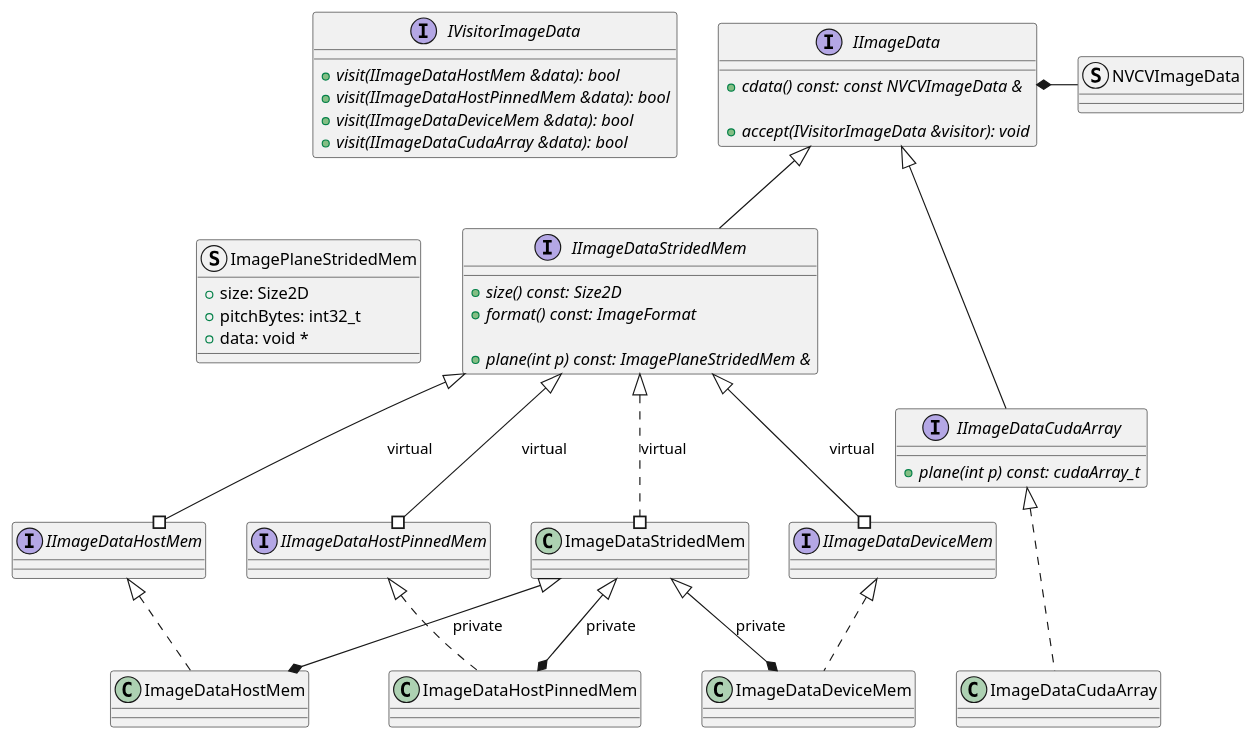
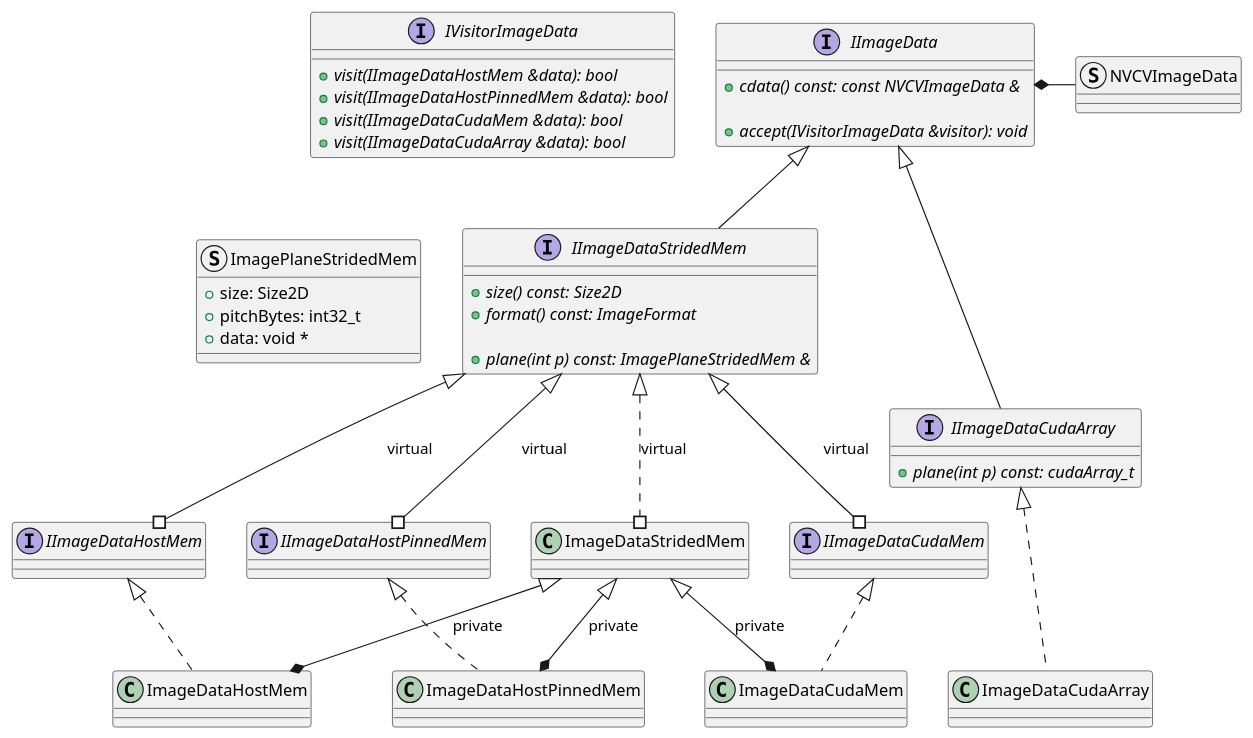
One commit to JanuszL/CV-CUDA changed the diagram in docs/design/image_data_future_classes.puml. Above: the diagram before and after it, drawn with PlantUML. The commit also changed 155 other files, not shown here.

```diff
--- a/docs/design/image_data_future_classes.puml
+++ b/docs/design/image_data_future_classes.puml
@@ -13,86 +13,86 @@
 @startuml
 
 struct ImagePlaneStridedMem
 {
     + size: Size2D
     + pitchBytes: int32_t
     + data: void *
 }
 
 struct NVCVImageData
 
 interface IVisitorImageData
 {
     + {abstract} visit(IImageDataHostMem &data): bool
     + {abstract} visit(IImageDataHostPinnedMem &data): bool
-    + {abstract} visit(IImageDataDeviceMem &data): bool
+    + {abstract} visit(IImageDataCudaMem &data): bool
     + {abstract} visit(IImageDataCudaArray &data): bool
 }
 
 interface IImageData
 {
     + {abstract} cdata() const: const NVCVImageData &
 
     + {abstract} accept(IVisitorImageData &visitor): void
 }
 
 IImageData *-right- NVCVImageData
 IImageData -[hidden]left- IVisitorImageData
 
 interface IImageDataCudaArray extends IImageData
 {
     + {abstract} plane(int p) const: cudaArray_t
 }
 
 interface IImageDataStridedMem extends IImageData
 {
     + {abstract} size() const: Size2D
     + {abstract} format() const: ImageFormat
 
     + {abstract} plane(int p) const: ImagePlaneStridedMem &
 }
 
 IImageDataStridedMem -[hidden]left- ImagePlaneStridedMem
 
 interface IImageDataHostMem
 {
 }
 IImageDataStridedMem <|--# IImageDataHostMem: virtual
 
 interface IImageDataHostPinnedMem
 {
 }
 IImageDataStridedMem <|--# IImageDataHostPinnedMem: virtual
 
-interface IImageDataDeviceMem
+interface IImageDataCudaMem
 {
 }
-IImageDataStridedMem <|--# IImageDataDeviceMem: virtual
+IImageDataStridedMem <|--# IImageDataCudaMem: virtual
 
 class ImageDataCudaArray implements IImageDataCudaArray
 {
 }
 
 class ImageDataStridedMem
 {
 }
 IImageDataStridedMem <|..# ImageDataStridedMem: virtual
 
 class ImageDataHostMem implements IImageDataHostMem
 {
 }
 ImageDataStridedMem <|--* ImageDataHostMem: private
 
 class ImageDataHostPinnedMem implements IImageDataHostPinnedMem
 {
 }
 ImageDataStridedMem <|--* ImageDataHostPinnedMem: private
 
-class ImageDataDeviceMem implements IImageDataDeviceMem
+class ImageDataCudaMem implements IImageDataCudaMem
 {
 }
-ImageDataStridedMem <|--* ImageDataDeviceMem: private
+ImageDataStridedMem <|--* ImageDataCudaMem: private
 
-ImageDataCudaArray -[hidden]left- ImageDataDeviceMem
+ImageDataCudaArray -[hidden]left- ImageDataCudaMem
 
 @enduml
```
